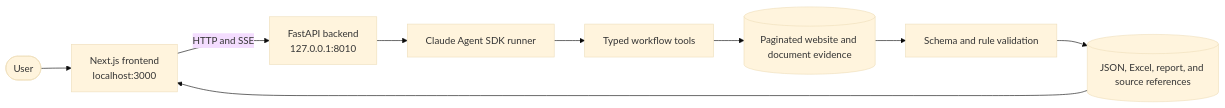
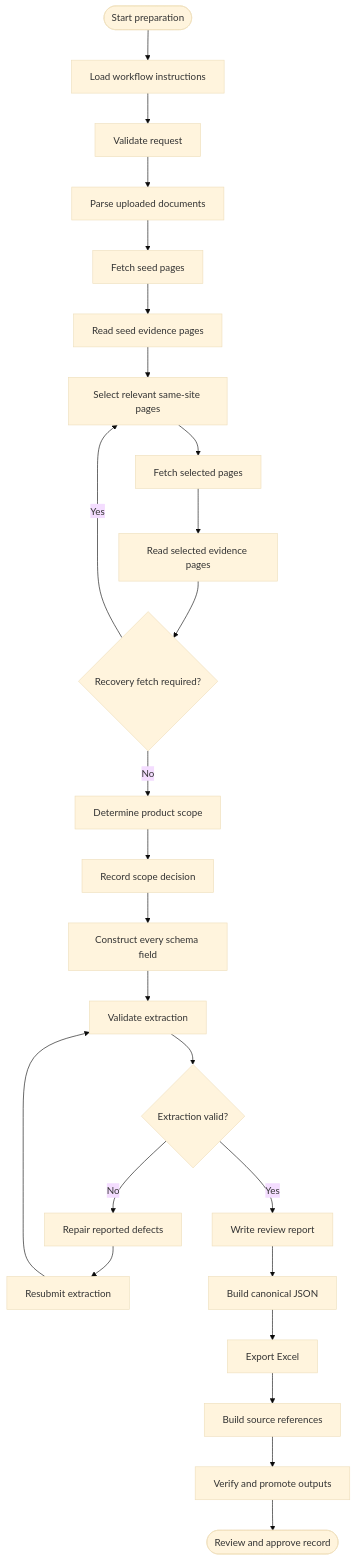
One commit to umairalipathan1980/Visit-Finland-Datahub-Product-Preparation-Assistant changed the diagram in README.md. Above: the diagram before and after it, drawn with Mermaid (base theme). The commit also changed other lines of this file, not shown here.

Commit message:
Document complete workflow steps

````diff
--- a/README.md
+++ b/README.md
@@ -21,11 +21,27 @@
 ```mermaid
-flowchart LR
-    U([User]) --> F[Next.js frontend<br/>localhost:3000]
-    F -->|HTTP and SSE| A[FastAPI backend<br/>127.0.0.1:8010]
-    A --> R[Claude Agent SDK runner]
-    R --> T[Typed workflow tools]
-    T --> E[(Paginated website and document evidence)]
-    E --> V[Schema and rule validation]
-    V --> O[(JSON, Excel, report, and source references)]
-    O --> F
+flowchart TD
+    A([Start preparation]) --> B[Load workflow instructions]
+    B --> C[Validate request]
+    C --> D[Parse uploaded documents]
+    D --> E[Fetch seed pages]
+    E --> F[Read seed evidence pages]
+    F --> G[Select relevant same-site pages]
+    G --> H[Fetch selected pages]
+    H --> I[Read selected evidence pages]
+    I --> J{Recovery fetch required?}
+    J -->|Yes| G
+    J -->|No| K[Determine product scope]
+    K --> L[Record scope decision]
+    L --> M[Construct every schema field]
+    M --> N[Validate extraction]
+    N --> O{Extraction valid?}
+    O -->|No| P[Repair reported defects]
+    P --> Q[Resubmit extraction]
+    Q --> N
+    O -->|Yes| R[Write review report]
+    R --> S[Build canonical JSON]
+    S --> T[Export Excel]
+    T --> U[Build source references]
+    U --> V[Verify and promote outputs]
+    V --> W([Review and approve record])
 ```
````
